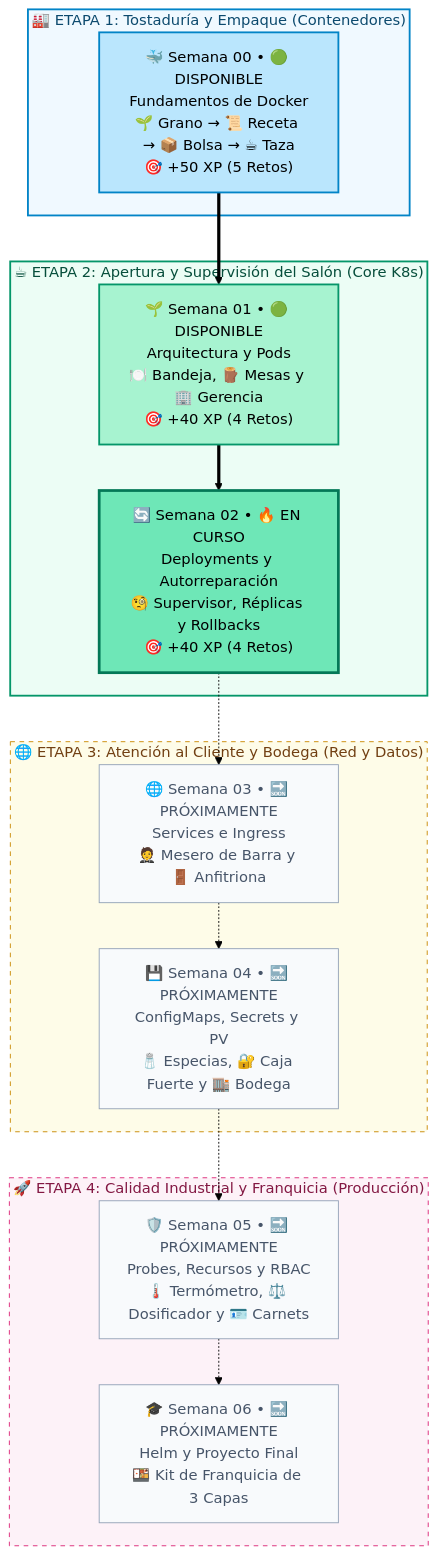
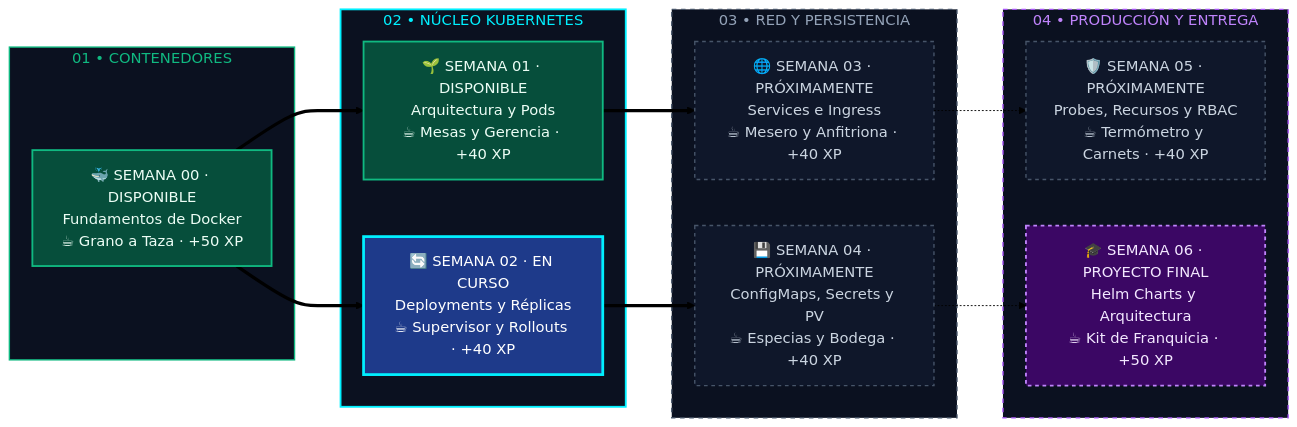
Before and after one commit to Camilogigom/Fundamentos-Kubernetes: the diagram in README.md, drawn with Mermaid (forest theme).

Commit message:
style(readme): redisenar diagrama de mapa de ruta con estilo ejecutivo cloud native

````diff
--- a/README.md
+++ b/README.md
@@ -74,45 +74,47 @@
 ```mermaid
-flowchart TB
-    subgraph F1["🏭 ETAPA 1: Tostaduría y Empaque (Contenedores)"]
-        S0["🐳 Semana 00 • 🟢 DISPONIBLE\nFundamentos de Docker\n🌱 Grano → 📜 Receta → 📦 Bolsa → ☕ Taza\n🎯 +50 XP (5 Retos)"]
+flowchart LR
+    subgraph F1["01 • CONTENEDORES"]
+        S0["🐳 SEMANA 00 · DISPONIBLE\nFundamentos de Docker\n☕ Grano a Taza · +50 XP"]
     end
 
-    subgraph F2["☕ ETAPA 2: Apertura y Supervisión del Salón (Core K8s)"]
-        S1["🌱 Semana 01 • 🟢 DISPONIBLE\nArquitectura y Pods\n🍽️ Bandeja, 🪵 Mesas y 🏢 Gerencia\n🎯 +40 XP (4 Retos)"]
-        S2["🔄 Semana 02 • 🔥 EN CURSO\nDeployments y Autorreparación\n🧐 Supervisor, Réplicas y Rollbacks\n🎯 +40 XP (4 Retos)"]
+    subgraph F2["02 • NÚCLEO KUBERNETES"]
+        S1["🌱 SEMANA 01 · DISPONIBLE\nArquitectura y Pods\n☕ Mesas y Gerencia · +40 XP"]
+        S2["🔄 SEMANA 02 · EN CURSO\nDeployments y Réplicas\n☕ Supervisor y Rollouts · +40 XP"]
     end
 
-    subgraph F3["🌐 ETAPA 3: Atención al Cliente y Bodega (Red y Datos)"]
-        S3["🌐 Semana 03 • 🔜 PRÓXIMAMENTE\nServices e Ingress\n🤵 Mesero de Barra y 🚪 Anfitriona"]
-        S4["💾 Semana 04 • 🔜 PRÓXIMAMENTE\nConfigMaps, Secrets y PV\n🧂 Especias, 🔐 Caja Fuerte y 🏬 Bodega"]
+    subgraph F3["03 • RED Y PERSISTENCIA"]
+        S3["🌐 SEMANA 03 · PRÓXIMAMENTE\nServices e Ingress\n☕ Mesero y Anfitriona · +40 XP"]
+        S4["💾 SEMANA 04 · PRÓXIMAMENTE\nConfigMaps, Secrets y PV\n☕ Especias y Bodega · +40 XP"]
     end
 
-    subgraph F4["🚀 ETAPA 4: Calidad Industrial y Franquicia (Producción)"]
-        S5["🛡️ Semana 05 • 🔜 PRÓXIMAMENTE\nProbes, Recursos y RBAC\n🌡️ Termómetro, ⚖️ Dosificador y 🪪 Carnets"]
-        S6["🎓 Semana 06 • 🔜 PRÓXIMAMENTE\nHelm y Proyecto Final\n🍱 Kit de Franquicia de 3 Capas"]
+    subgraph F4["04 • PRODUCCIÓN Y ENTREGA"]
+        S5["🛡️ SEMANA 05 · PRÓXIMAMENTE\nProbes, Recursos y RBAC\n☕ Termómetro y Carnets · +40 XP"]
+        S6["🎓 SEMANA 06 · PROYECTO FINAL\nHelm Charts y Arquitectura\n☕ Kit de Franquicia · +50 XP"]
     end
 
     S0 ==> S1
-    S1 ==> S2
-    S2 -.-> S3
-    S3 -.-> S4
-    S4 -.-> S5
-    S5 -.-> S6
+    S0 ==> S2
+    S1 ==> S3
+    S2 ==> S4
+    S3 -.-> S5
+    S4 -.-> S6
 
     click S0 "https://github.com/edwinbermudez91/Fundamentos-Kubernetes/tree/main/semana-00-fundamentos-docker" "Ir a Semana 00: Fundamentos de Docker"
     click S1 "https://github.com/edwinbermudez91/Fundamentos-Kubernetes/tree/main/semana-01-arquitectura" "Ir a Semana 01: Arquitectura y Pods"
     click S2 "https://github.com/edwinbermudez91/Fundamentos-Kubernetes/tree/main/semana-02-deployments" "Ir a Semana 02: Deployments y Réplicas"
 
-    style F1 fill:#f0f9ff,stroke:#0284c7,stroke-width:2px,color:#0c4a6e
-    style F2 fill:#ecfdf5,stroke:#059669,stroke-width:2px,color:#064e3b
-    style F3 fill:#fefce8,stroke:#ca8a04,stroke-width:1px,stroke-dasharray: 5 5,color:#713f12
-    style F4 fill:#fdf2f8,stroke:#db2777,stroke-width:1px,stroke-dasharray: 5 5,color:#831843
+    classDef done fill:#064E3B,stroke:#10B981,stroke-width:2px,color:#ECFDF5;
+    classDef active fill:#1E3A8A,stroke:#00F0FF,stroke-width:3px,color:#FFFFFF;
+    classDef next fill:#0F172A,stroke:#475569,stroke-width:1.5px,stroke-dasharray: 4 4,color:#CBD5E1;
+    classDef final fill:#3B0764,stroke:#C084FC,stroke-width:2px,stroke-dasharray: 4 4,color:#F3E8FF;
 
-    style S0 fill:#bae6fd,stroke:#0284c7,stroke-width:2px,color:#000
-    style S1 fill:#a7f3d0,stroke:#059669,stroke-width:2px,color:#000
-    style S2 fill:#6ee7b7,stroke:#047857,stroke-width:3px,color:#000
-    style S3 fill:#f8fafc,stroke:#94a3b8,stroke-width:1px,color:#475569
-    style S4 fill:#f8fafc,stroke:#94a3b8,stroke-width:1px,color:#475569
-    style S5 fill:#f8fafc,stroke:#94a3b8,stroke-width:1px,color:#475569
-    style S6 fill:#f8fafc,stroke:#94a3b8,stroke-width:1px,color:#475569
+    class S0,S1 done;
+    class S2 active;
+    class S3,S4,S5 next;
+    class S6 final;
+
+    style F1 fill:#0B1120,stroke:#10B981,stroke-width:1.5px,color:#10B981
+    style F2 fill:#0B1120,stroke:#00F0FF,stroke-width:2px,color:#00F0FF
+    style F3 fill:#0B1120,stroke:#475569,stroke-width:1.5px,stroke-dasharray: 5 5,color:#94A3B8
+    style F4 fill:#0B1120,stroke:#A855F7,stroke-width:1.5px,stroke-dasharray: 5 5,color:#C084FC
 ```
````
